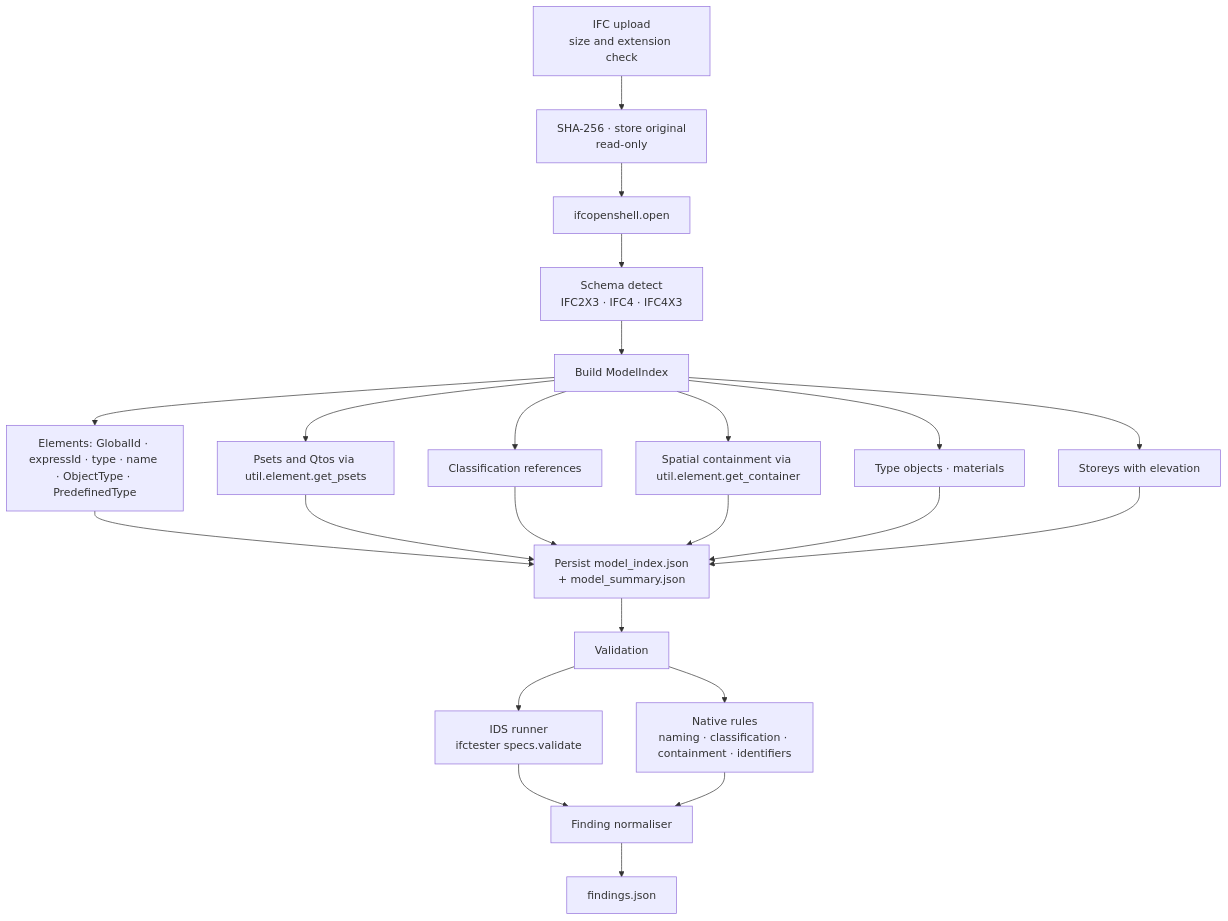
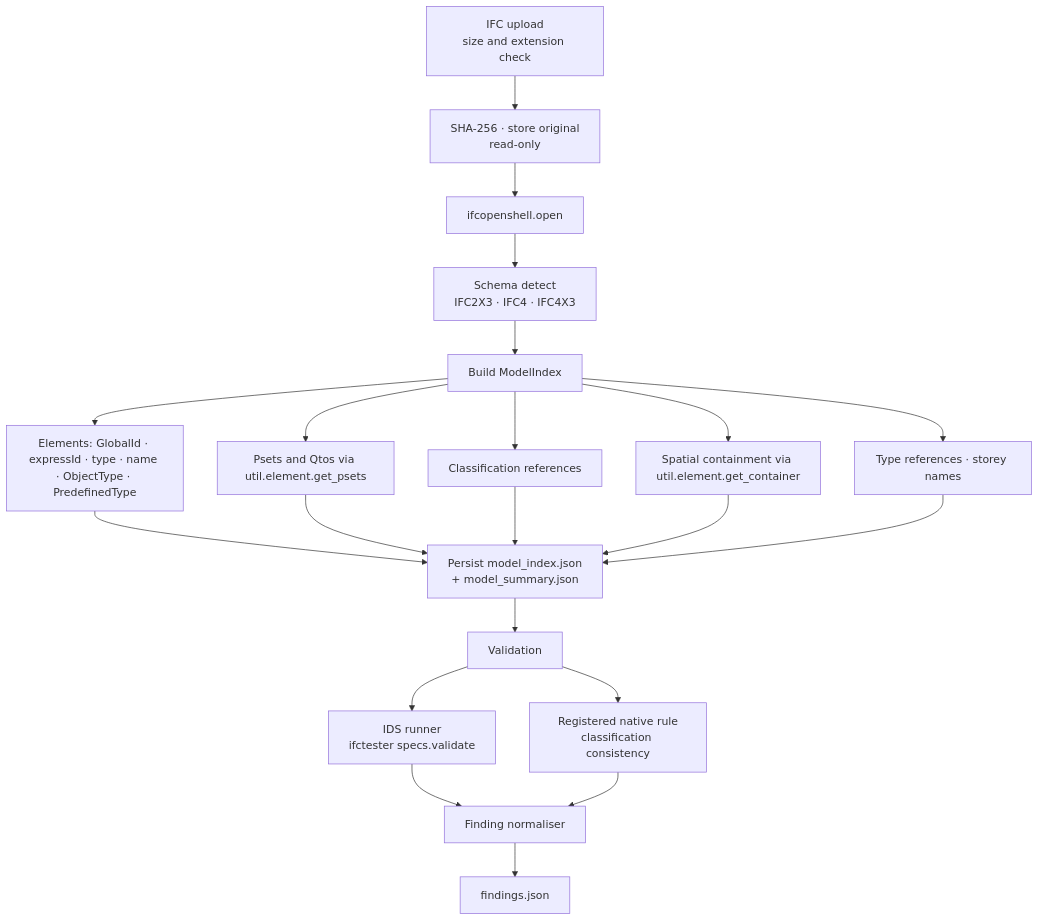
Before and after one commit to natnew/BIM-Intelligence: the fifth of 10 diagrams in docs/ARCHITECTURE.md, drawn with Mermaid. The commit also changed other lines of this file and 12 other files, not shown here.

````diff
--- a/docs/ARCHITECTURE.md
+++ b/docs/ARCHITECTURE.md
@@ -330,19 +305,18 @@
 ```mermaid
 flowchart TB
     U["IFC upload<br/>size and extension check"] --> H["SHA-256 · store original<br/>read-only"]
     H --> O["ifcopenshell.open"]
     O --> S["Schema detect<br/>IFC2X3 · IFC4 · IFC4X3"]
     S --> I["Build ModelIndex"]
     I --> I1["Elements: GlobalId · expressId · type · name · ObjectType · PredefinedType"]
     I --> I2["Psets and Qtos via util.element.get_psets"]
     I --> I3["Classification references"]
     I --> I4["Spatial containment via util.element.get_container"]
-    I --> I5["Type objects · materials"]
-    I --> I6["Storeys with elevation"]
-    I1 & I2 & I3 & I4 & I5 & I6 --> P["Persist model_index.json<br/>+ model_summary.json"]
+    I --> I5["Type references · storey names"]
+    I1 & I2 & I3 & I4 & I5 --> P["Persist model_index.json<br/>+ model_summary.json"]
     P --> V["Validation"]
     V --> V1["IDS runner<br/>ifctester specs.validate"]
-    V --> V2["Native rules<br/>naming · classification · containment · identifiers"]
+    V --> V2["Registered native rule<br/>classification consistency"]
     V1 & V2 --> N["Finding normaliser"]
     N --> F["findings.json"]
 ```
````
